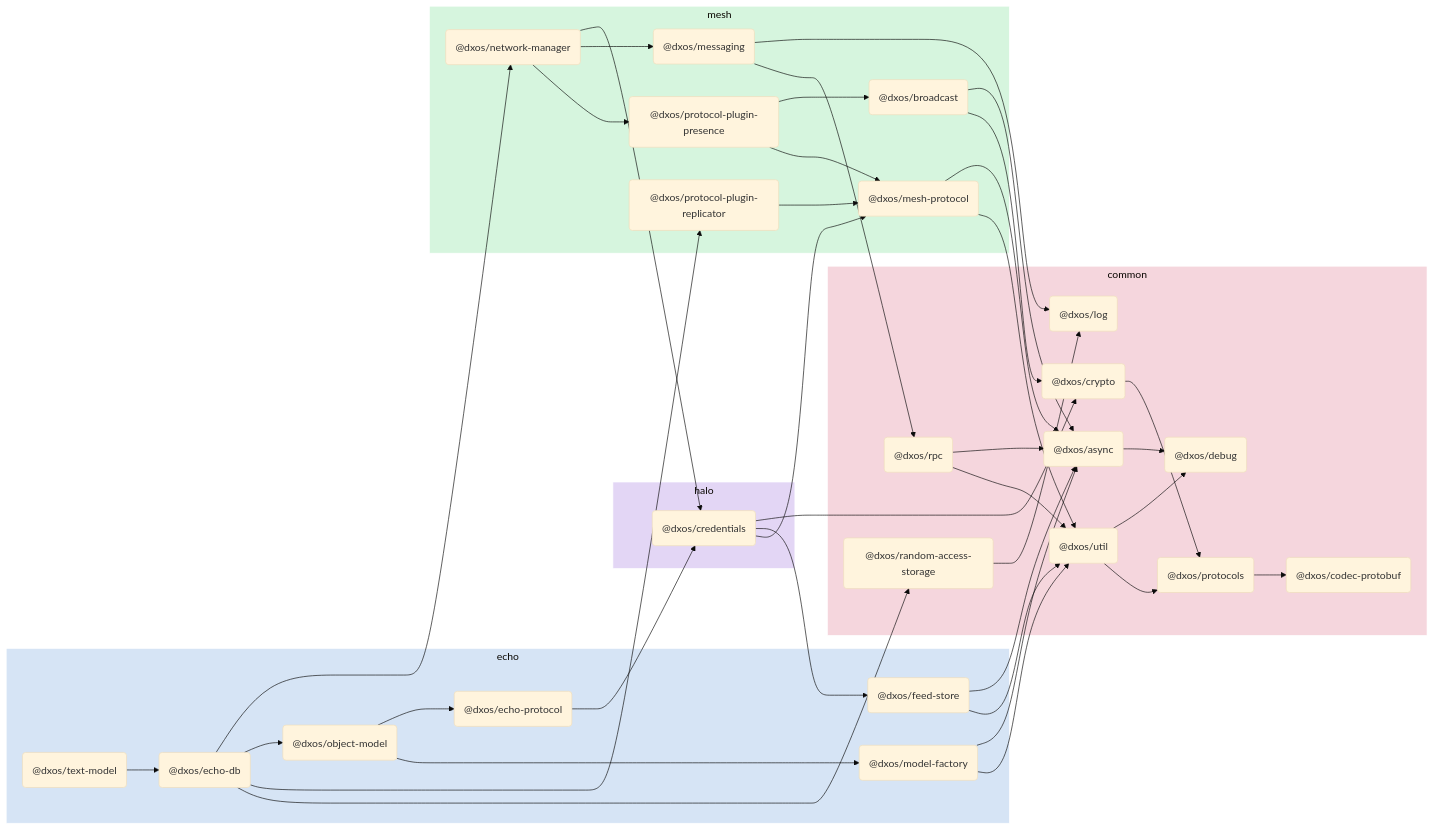
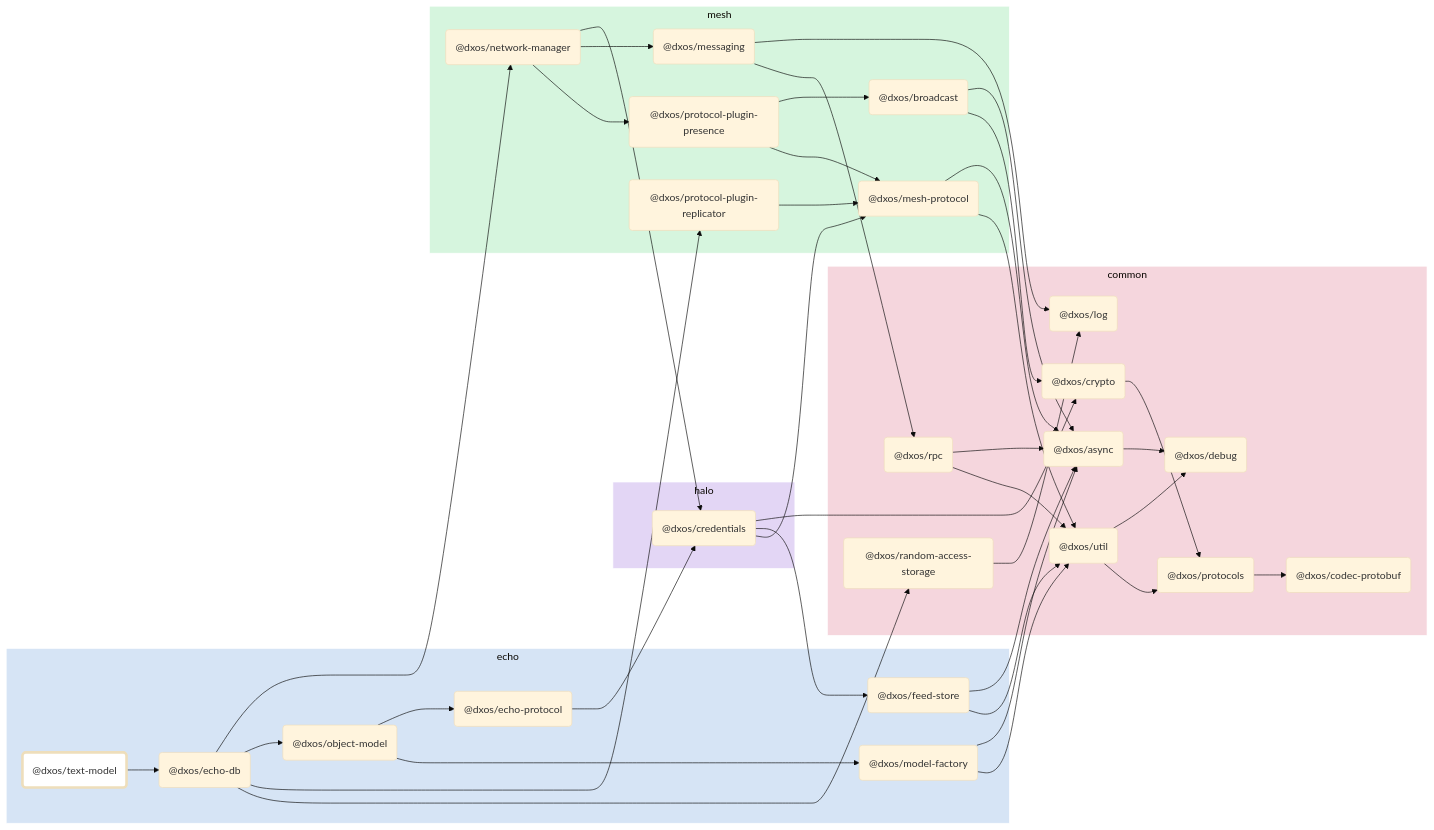
The diagram in packages/echo/text-model/docs/README.md (dxos/dxos), drawn with Mermaid (base theme) before and after one commit. The commit also changed other lines of this file and 88 other files, not shown here.

````diff
--- a/packages/echo/text-model/docs/README.md
+++ b/packages/echo/text-model/docs/README.md
@@ -5,5 +7,27 @@
 ```mermaid
 flowchart LR;
+
+style dxos/text-model fill:#fff,stroke-width:4px;
+
+click dxos/codec-protobuf "https:/github.com/dxos/dxos/tree/main/packages/common/codec-protobuf/docs";
+click dxos/echo-db "https:/github.com/dxos/dxos/tree/main/packages/echo/echo-db/docs";
+click dxos/log "https:/github.com/dxos/dxos/tree/main/packages/common/log/docs";
+click dxos/async "https:/github.com/dxos/dxos/tree/main/packages/common/async/docs";
+click dxos/credentials "https:/github.com/dxos/dxos/tree/main/packages/halo/credentials/docs";
+click dxos/crypto "https:/github.com/dxos/dxos/tree/main/packages/common/crypto/docs";
+click dxos/debug "https:/github.com/dxos/dxos/tree/main/packages/common/debug/docs";
+click dxos/echo-protocol "https:/github.com/dxos/dxos/tree/main/packages/echo/echo-protocol/docs";
+click dxos/feed-store "https:/github.com/dxos/dxos/tree/main/packages/echo/feed-store/docs";
+click dxos/mesh-protocol "https:/github.com/dxos/dxos/tree/main/packages/mesh/mesh-protocol/docs";
+click dxos/messaging "https:/github.com/dxos/dxos/tree/main/packages/mesh/messaging/docs";
+click dxos/model-factory "https:/github.com/dxos/dxos/tree/main/packages/echo/model-factory/docs";
+click dxos/network-manager "https:/github.com/dxos/dxos/tree/main/packages/mesh/network-manager/docs";
+click dxos/object-model "https:/github.com/dxos/dxos/tree/main/packages/echo/object-model/docs";
+click dxos/protocol-plugin-presence "https:/github.com/dxos/dxos/tree/main/packages/mesh/protocol-plugin-presence/docs";
+click dxos/protocol-plugin-replicator "https:/github.com/dxos/dxos/tree/main/packages/mesh/protocol-plugin-replicator/docs";
+click dxos/protocols "https:/github.com/dxos/dxos/tree/main/packages/common/protocols/docs";
+click dxos/random-access-storage "https:/github.com/dxos/dxos/tree/main/packages/common/random-access-storage/docs";
+click dxos/util "https:/github.com/dxos/dxos/tree/main/packages/common/util/docs";
 
 subgraph echo
   style echo fill:#d6e4f5,stroke:#fff;
````
